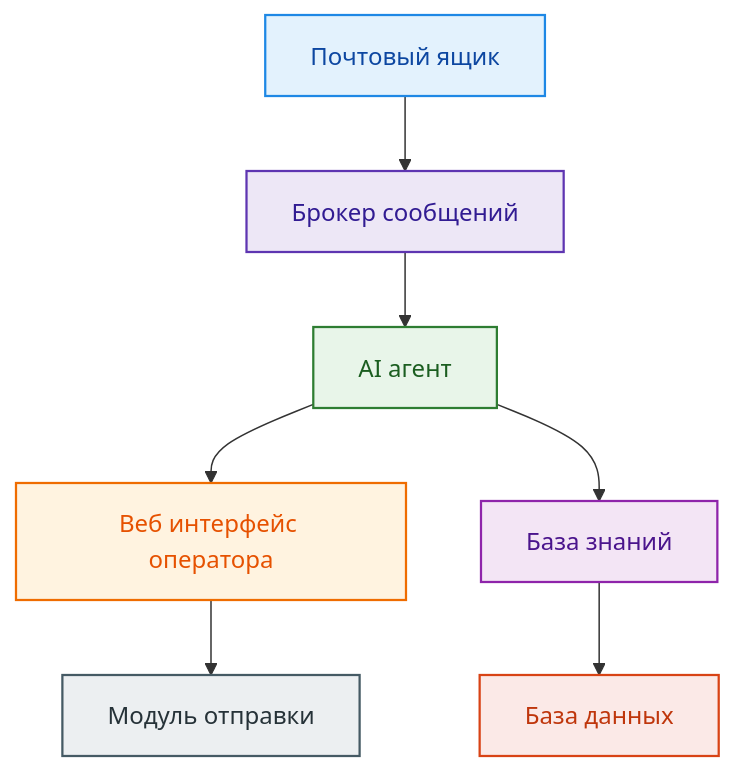
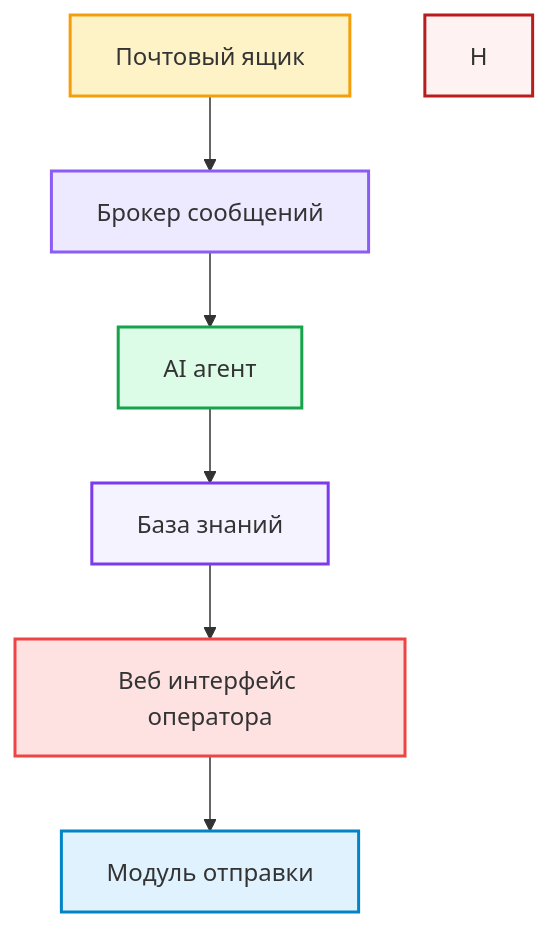
The diagram in README.md (maksosTeam/enigma_hack_2026), drawn with Mermaid before and after one commit.

````diff
--- a/README.md
+++ b/README.md
@@ -69,18 +69,16 @@
 ```mermaid
 flowchart TD
     A[Почтовый ящик] --> C[Брокер сообщений]
     C --> D[AI агент]
-    D --> E[Веб интерфейс оператора]
+    D --> G[База знаний]
+    G --> E[Веб интерфейс оператора]
     E --> F[Модуль отправки]
-
-    D --> G[База знаний]
-    G --> H[База данных]
-
-    style A fill:#E3F2FD,stroke:#1E88E5,stroke-width:1.5px,color:#0D47A1
-    style C fill:#EDE7F6,stroke:#5E35B1,stroke-width:1.5px,color:#311B92
-    style D fill:#E8F5E9,stroke:#2E7D32,stroke-width:1.5px,color:#1B5E20
-    style E fill:#FFF3E0,stroke:#EF6C00,stroke-width:1.5px,color:#E65100
-    style F fill:#ECEFF1,stroke:#455A64,stroke-width:1.5px,color:#263238
-    style G fill:#F3E5F5,stroke:#8E24AA,stroke-width:1.5px,color:#4A148C
-    style H fill:#FBE9E7,stroke:#D84315,stroke-width:1.5px,color:#BF360C
+    
+    style A fill:#fef3c7,stroke:#f59e0b,stroke-width:2px
+    style C fill:#ede9fe,stroke:#8b5cf6,stroke-width:2px
+    style D fill:#dcfce7,stroke:#16a34a,stroke-width:2px
+    style E fill:#fee2e2,stroke:#ef4444,stroke-width:2px
+    style F fill:#e0f2fe,stroke:#0284c7,stroke-width:2px
+    style G fill:#f5f3ff,stroke:#7c3aed,stroke-width:2px
+    style H fill:#fef2f2,stroke:#b91c1c,stroke-width:2px
 ```
````
